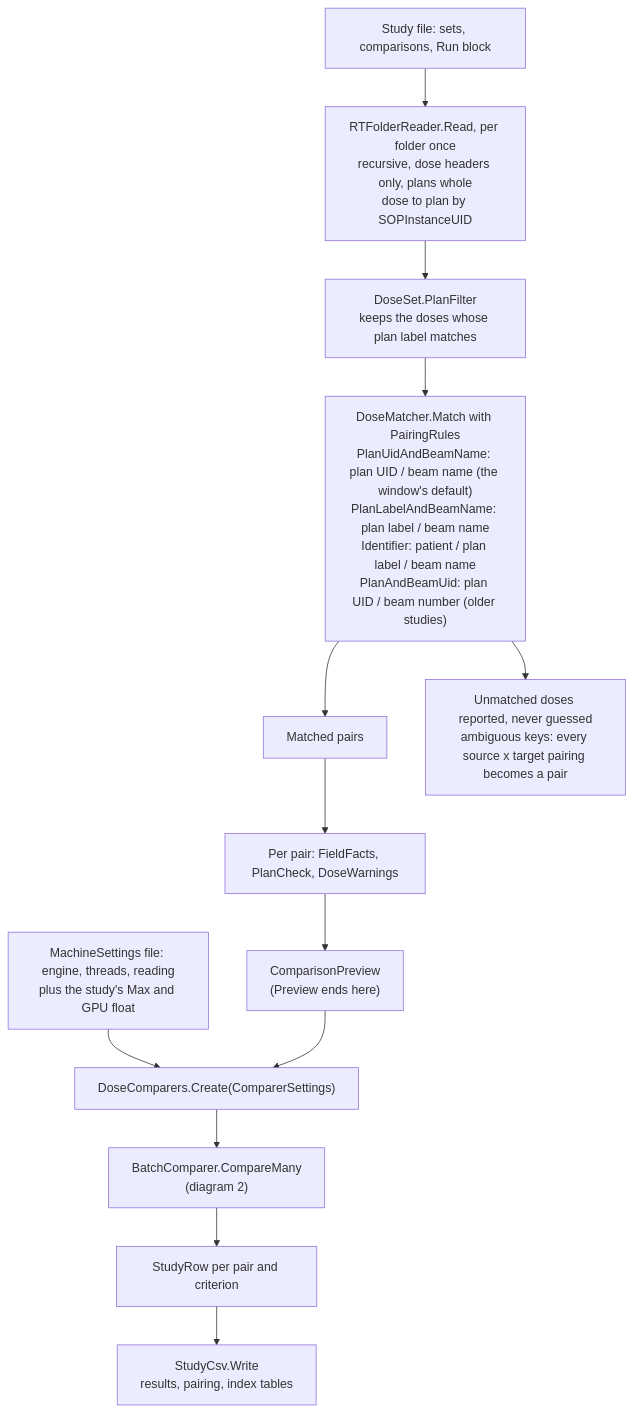
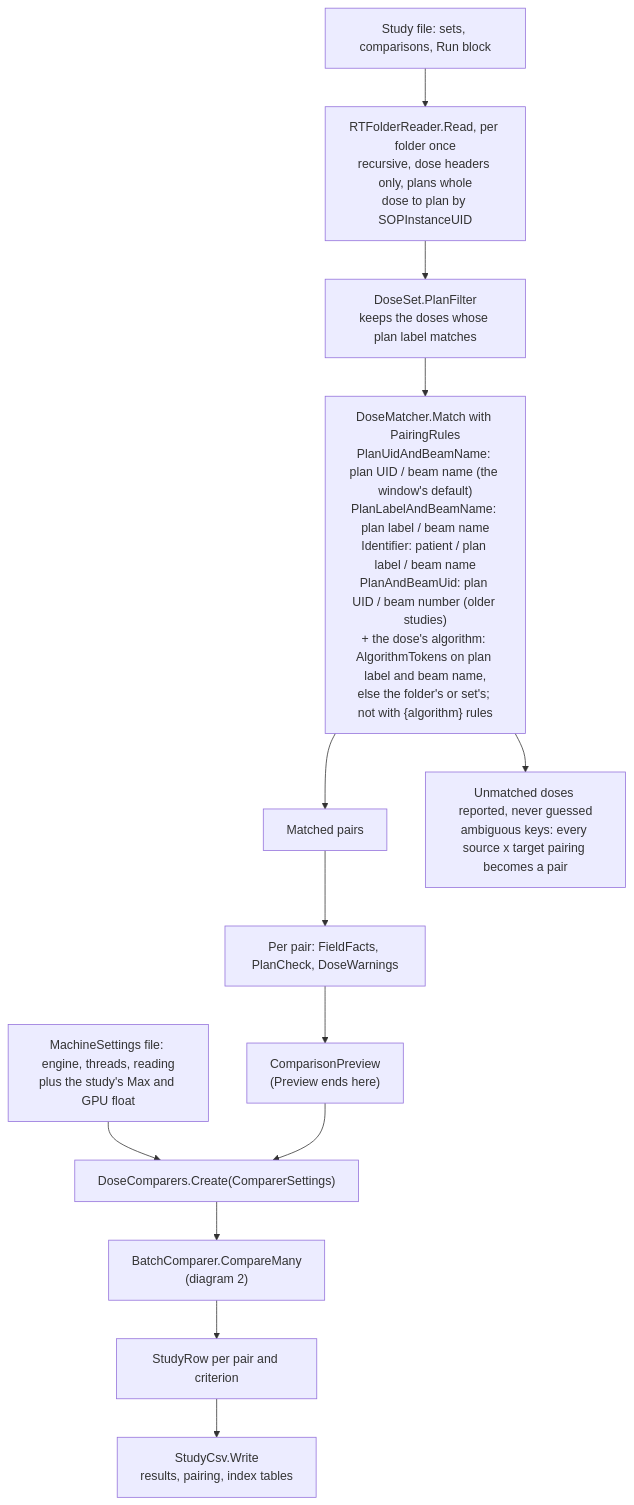
The first of 4 diagrams in design/data-flow.md (crcrewso/DicomStrictCompare), drawn with Mermaid before and after one commit. The commit also changed 12 other files, not shown here.

````diff
--- a/design/data-flow.md
+++ b/design/data-flow.md
@@ -10,15 +10,15 @@
 ```mermaid
 flowchart TD
     study["Study file: sets, comparisons, Run block"] --> read
     read["RTFolderReader.Read, per folder once<br/>recursive, dose headers only, plans whole<br/>dose to plan by SOPInstanceUID"] --> filter
     filter["DoseSet.PlanFilter<br/>keeps the doses whose plan label matches"] --> match
-    match["DoseMatcher.Match with PairingRules<br/>PlanUidAndBeamName: plan UID / beam name (the window's default)<br/>PlanLabelAndBeamName: plan label / beam name<br/>Identifier: patient / plan label / beam name<br/>PlanAndBeamUid: plan UID / beam number (older studies)"] --> pairs
+    match["DoseMatcher.Match with PairingRules<br/>PlanUidAndBeamName: plan UID / beam name (the window's default)<br/>PlanLabelAndBeamName: plan label / beam name<br/>Identifier: patient / plan label / beam name<br/>PlanAndBeamUid: plan UID / beam number (older studies)<br/>+ the dose's algorithm: AlgorithmTokens on plan label and beam name,<br/>else the folder's or set's; not with {algorithm} rules"] --> pairs
     match --> unmatched["Unmatched doses reported, never guessed<br/>ambiguous keys: every source x target pairing becomes a pair"]
     pairs["Matched pairs"] --> facts["Per pair: FieldFacts, PlanCheck, DoseWarnings"]
     facts --> preview["ComparisonPreview<br/>(Preview ends here)"]
     machine["MachineSettings file: engine, threads, reading<br/>plus the study's Max and GPU float"] --> engine
     preview --> engine["DoseComparers.Create(ComparerSettings)"]
     engine --> batch["BatchComparer.CompareMany<br/>(diagram 2)"]
     batch --> rows["StudyRow per pair and criterion"]
     rows --> csv["StudyCsv.Write<br/>results, pairing, index tables"]
 ```
````
